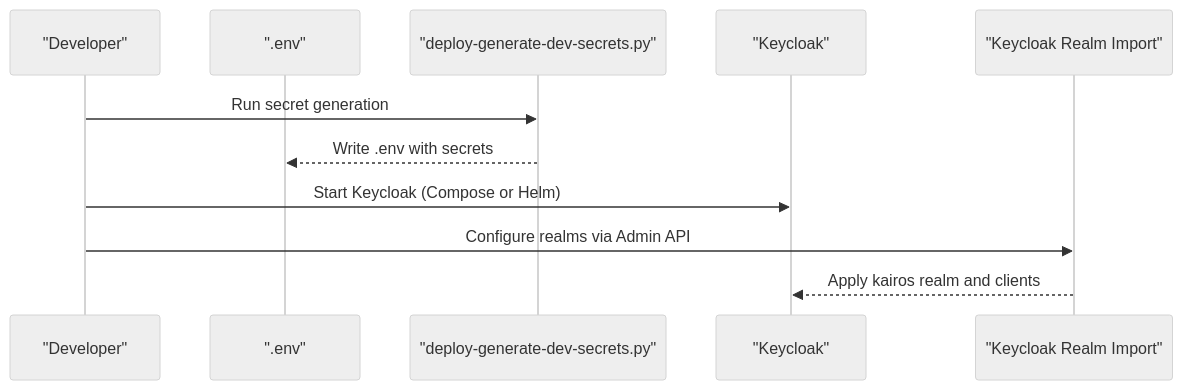
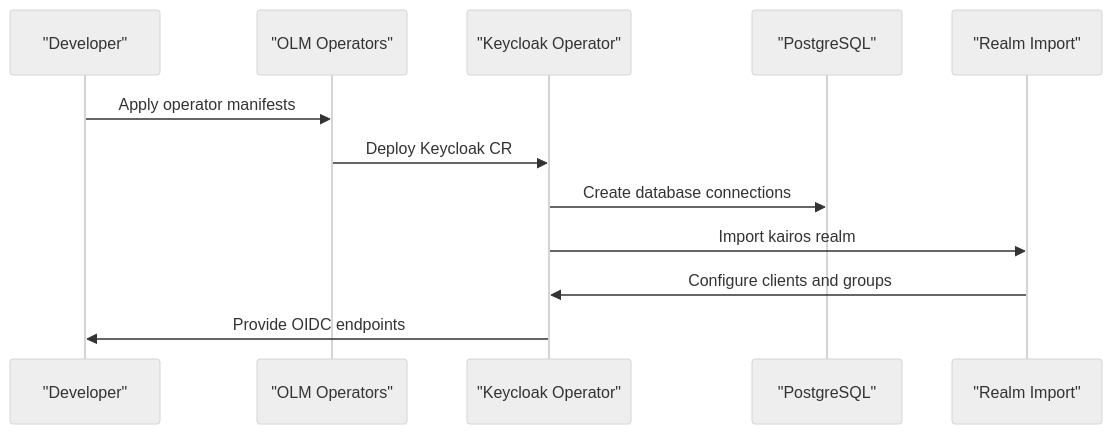
Before and after one commit to debian777/kairos-mcp: the fourth of 9 diagrams in .qoder/repowiki/en/content/Architecture & Design/Deployment & Infrastructure.md, drawn with Mermaid (neutral theme). The commit also changed other lines of this file and 17 other files, not shown here.

````diff
--- a/.qoder/repowiki/en/content/Architecture & Design/Deployment & Infrastructure.md
+++ b/.qoder/repowiki/en/content/Architecture & Design/Deployment & Infrastructure.md
@@ -246,13 +261,14 @@
 ```mermaid
 sequenceDiagram
 participant Dev as "Developer"
-participant Env as ".env"
-participant Gen as "deploy-generate-dev-secrets.py"
-participant KC as "Keycloak"
-participant Realm as "Keycloak Realm Import"
-Dev->>Gen : Run secret generation
-Gen-->>Env : Write .env with secrets
-Dev->>KC : Start Keycloak (Compose or Helm)
-Dev->>Realm : Configure realms via Admin API
-Realm-->>KC : Apply kairos realm and clients
+participant OLM as "OLM Operators"
+participant KC as "Keycloak Operator"
+participant PG as "PostgreSQL"
+participant Realm as "Realm Import"
+Dev->>OLM : Apply operator manifests
+OLM->>KC : Deploy Keycloak CR
+KC->>PG : Create database connections
+KC->>Realm : Import kairos realm
+Realm->>KC : Configure clients and groups
+KC->>Dev : Provide OIDC endpoints
 ```
````
